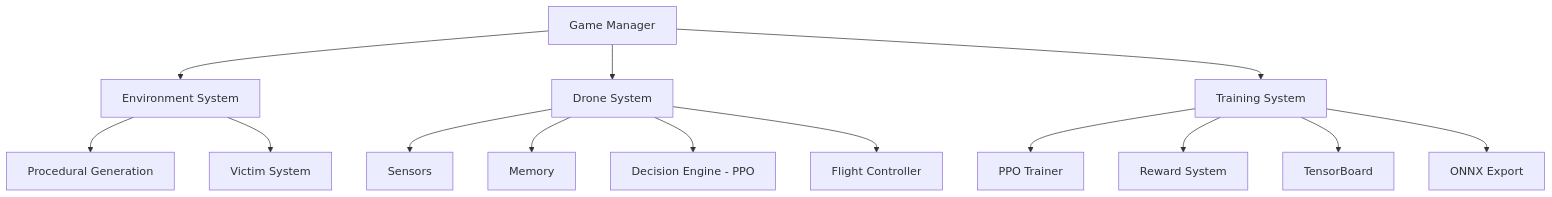
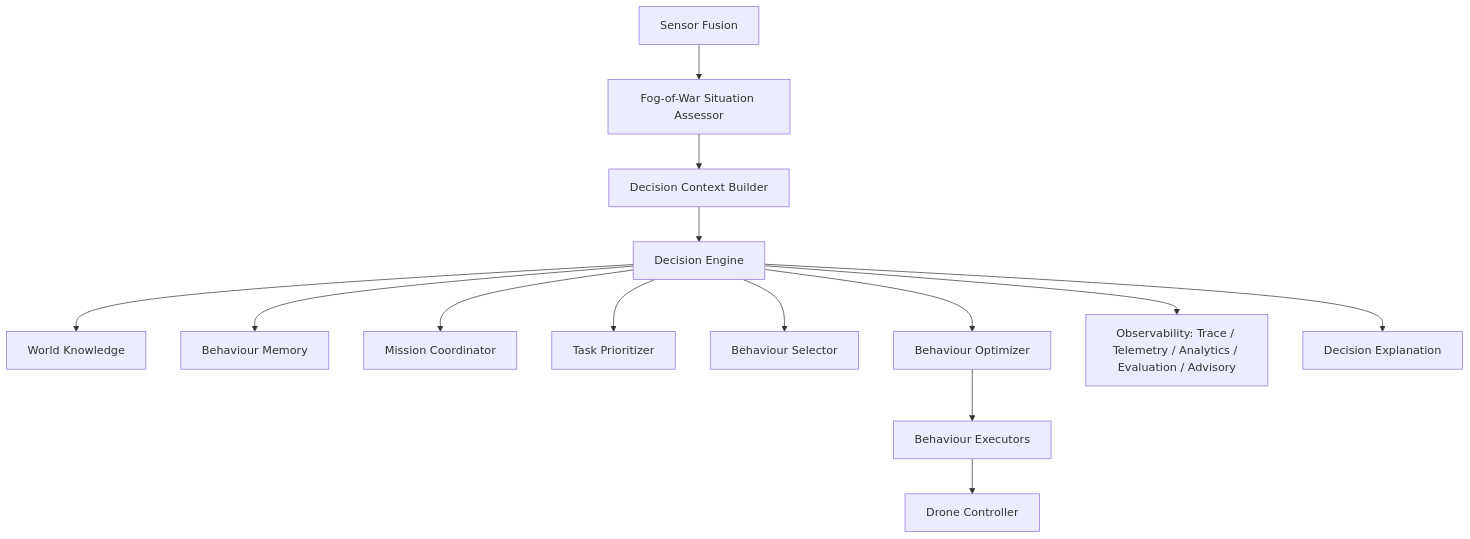
Before and after one commit to NihaalGharat/ADRL-Rescue: the first of 2 diagrams in README.md, drawn with Mermaid. The commit also changed other lines of this file and 35 other files, not shown here.

````diff
--- a/README.md
+++ b/README.md
@@ -66,19 +75,16 @@
 ```mermaid
 graph TD
-    A[Game Manager] --> B[Environment System]
-    A --> C[Drone System]
-    A --> D[Training System]
-    
-    B --> B1[Procedural Generation]
-    B --> B2[Victim System]
-    
-    C --> C1[Sensors]
-    C --> C2[Memory]
-    C --> C3[Decision Engine - PPO]
-    C --> C4[Flight Controller]
-    
-    D --> D1[PPO Trainer]
-    D --> D2[Reward System]
-    D --> D3[TensorBoard]
-    D --> D4[ONNX Export]
+    A[Sensor Fusion] --> B[Fog-of-War Situation Assessor]
+    B --> C[Decision Context Builder]
+    C --> D[Decision Engine]
+    D --> D1[World Knowledge]
+    D --> D2[Behaviour Memory]
+    D --> D3[Mission Coordinator]
+    D --> D4[Task Prioritizer]
+    D --> D5[Behaviour Selector]
+    D --> D6[Behaviour Optimizer]
+    D6 --> E[Behaviour Executors]
+    E --> F[Drone Controller]
+    D --> G[Observability: Trace / Telemetry / Analytics / Evaluation / Advisory]
+    D --> H[Decision Explanation]
 ```
````
